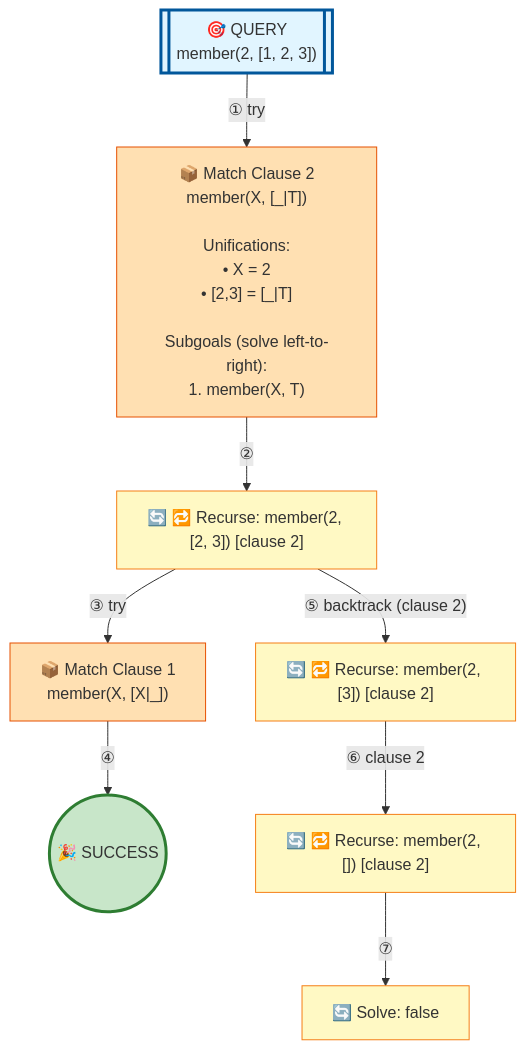
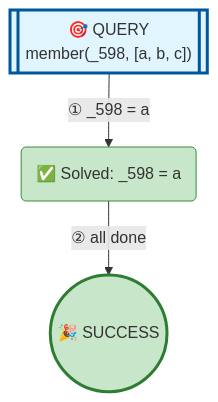
Before and after one commit to jarecsni/prolog-trace-viz: the diagram in examples/member-full.md, drawn with Mermaid. The commit also changed other lines of this file and 26 other files, not shown here.

````diff
--- a/examples/member-full.md
+++ b/examples/member-full.md
@@ -16,32 +16,17 @@
 ```mermaid
 graph TD
 
 %% Nodes
-A[["🎯 QUERY<br/>member(2, [1, 2, 3])"]]
-B["🔄 🔁 Recurse: member(2, [2, 3]) [clause 2]"]
-C["📦 Match Clause 2<br/>member(X, [_|T])<br/><br/>Unifications:<br/>• X = 2<br/>• [2,3] = [_|T]<br/><br/>Subgoals (solve left-to-right):<br/>1. member(X, T)"]
-D(("🎉 SUCCESS"))
-E["📦 Match Clause 1<br/>member(X, [X|_])"]
-F["🔄 🔁 Recurse: member(2, [3]) [clause 2]"]
-G["🔄 🔁 Recurse: member(2, []) [clause 2]"]
-H["🔄 Solve: false"]
+A[["🎯 QUERY<br/>member(_598, [a, b, c])"]]
+B("✅ Solved: _598 = a")
+C(("🎉 SUCCESS"))
 
 %% Edges
-A -->|"① try"| C
-C -->|"②"| B
-B -->|"③ try"| E
-E -->|"④"| D
-B -->|"⑤ backtrack (clause 2)"| F
-F -->|"⑥ clause 2"| G
-G -->|"⑦"| H
+A -->|"① _598 = a"| B
+B -->|"② all done"| C
 
 %% Styles
 style A fill:#e1f5ff,stroke:#01579b,stroke-width:3px
-style B fill:#fff9c4,stroke:#f57f17
-style C fill:#ffe0b2,stroke:#e65100
-style D fill:#c8e6c9,stroke:#2e7d32,stroke-width:3px
-style E fill:#ffe0b2,stroke:#e65100
-style F fill:#fff9c4,stroke:#f57f17
-style G fill:#fff9c4,stroke:#f57f17
-style H fill:#fff9c4,stroke:#f57f17
+style B fill:#c8e6c9,stroke:#388e3c
+style C fill:#c8e6c9,stroke:#2e7d32,stroke-width:3px
 ```
````
